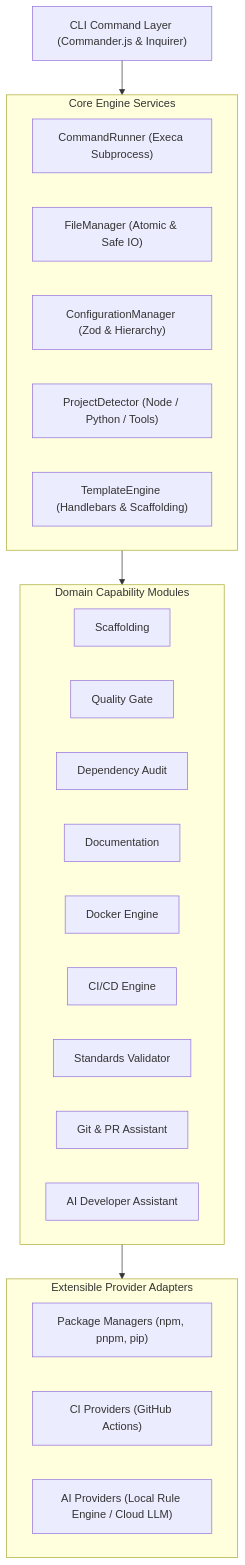
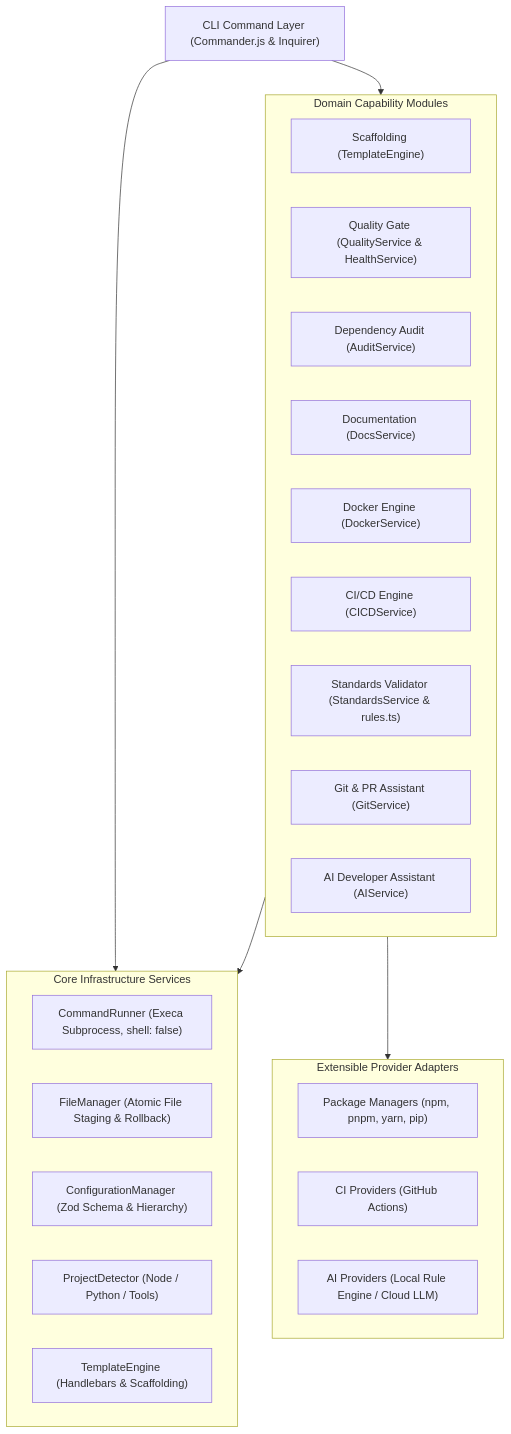
The diagram in README.md (yashwant-gh/devflow), drawn with Mermaid before and after one commit. The commit also changed other lines of this file and 11 other files, not shown here.

````diff
--- a/README.md
+++ b/README.md
@@ -66,34 +72,35 @@
 ```mermaid
 flowchart TD
     CLI["CLI Command Layer (Commander.js & Inquirer)"]
     
-    subgraph Core ["Core Engine Services"]
-        CR["CommandRunner (Execa Subprocess)"]
-        FM["FileManager (Atomic & Safe IO)"]
-        CM["ConfigurationManager (Zod & Hierarchy)"]
+    subgraph Core ["Core Infrastructure Services"]
+        CR["CommandRunner (Execa Subprocess, shell: false)"]
+        FM["FileManager (Atomic File Staging & Rollback)"]
+        CM["ConfigurationManager (Zod Schema & Hierarchy)"]
         PD["ProjectDetector (Node / Python / Tools)"]
         TE["TemplateEngine (Handlebars & Scaffolding)"]
     end
     
     subgraph Modules ["Domain Capability Modules"]
-        M_SCAF["Scaffolding"]
-        M_QUAL["Quality Gate"]
-        M_AUDIT["Dependency Audit"]
-        M_DOCS["Documentation"]
-        M_DOCKER["Docker Engine"]
-        M_CICD["CI/CD Engine"]
-        M_STD["Standards Validator"]
-        M_GIT["Git & PR Assistant"]
-        M_AI["AI Developer Assistant"]
+        M_SCAF["Scaffolding (TemplateEngine)"]
+        M_QUAL["Quality Gate (QualityService & HealthService)"]
+        M_AUDIT["Dependency Audit (AuditService)"]
+        M_DOCS["Documentation (DocsService)"]
+        M_DOCKER["Docker Engine (DockerService)"]
+        M_CICD["CI/CD Engine (CICDService)"]
+        M_STD["Standards Validator (StandardsService & rules.ts)"]
+        M_GIT["Git & PR Assistant (GitService)"]
+        M_AI["AI Developer Assistant (AIService)"]
     end
     
     subgraph Providers ["Extensible Provider Adapters"]
-        P_PM["Package Managers (npm, pnpm, pip)"]
+        P_PM["Package Managers (npm, pnpm, yarn, pip)"]
         P_CI["CI Providers (GitHub Actions)"]
         P_AI["AI Providers (Local Rule Engine / Cloud LLM)"]
     end
 
     CLI --> Core
-    Core --> Modules
+    CLI --> Modules
+    Modules --> Core
     Modules --> Providers
 ```
````
